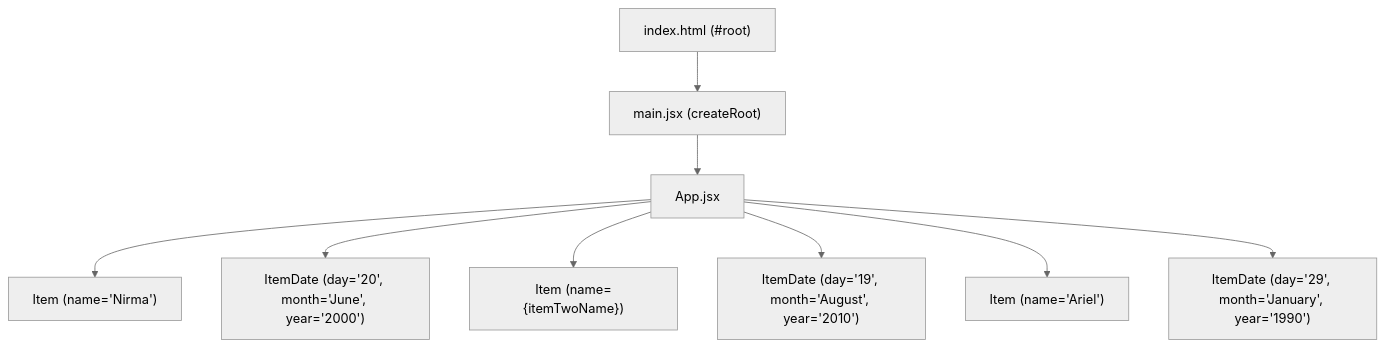
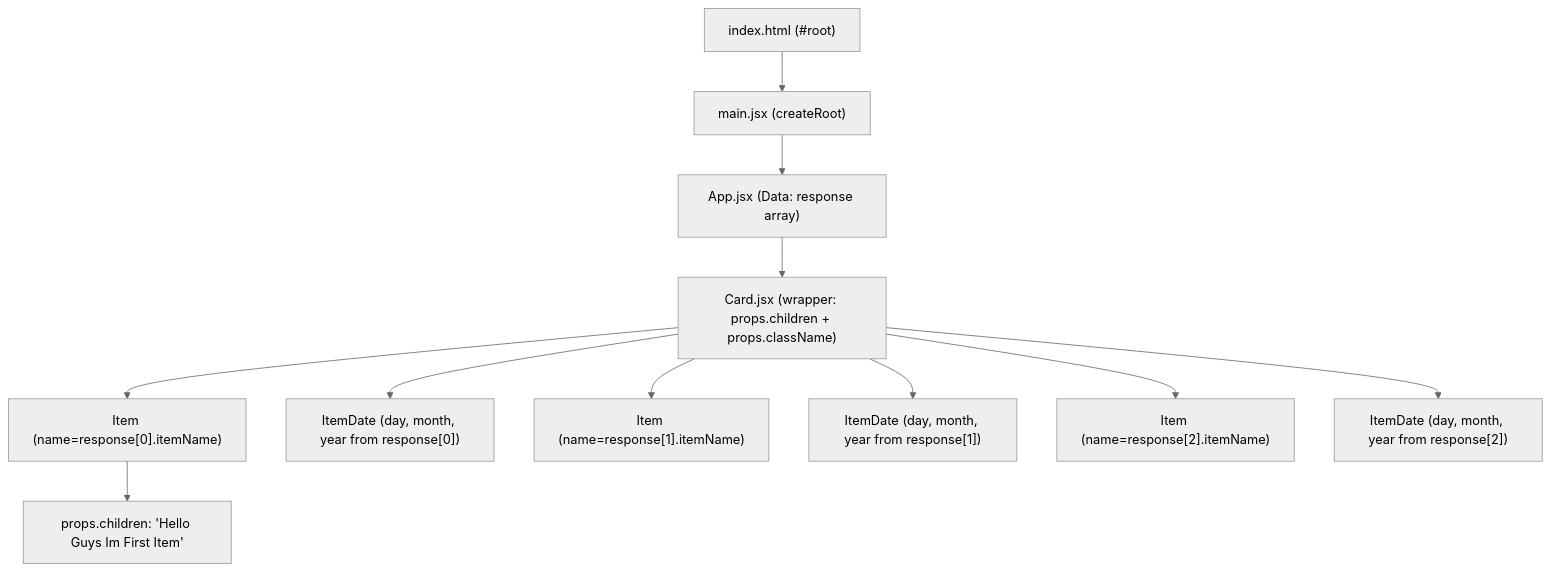
One commit to spant671-ux/React2 changed the diagram in notes.md. Above: the diagram before and after it, drawn with Mermaid (neutral theme). The commit also changed other lines of this file and 3 other files, not shown here.

Commit message:
props children

````diff
--- a/notes.md
+++ b/notes.md
@@ -125,11 +269,13 @@
 ```mermaid
 graph TD
     HTML["index.html (#root)"] --> Main["main.jsx (createRoot)"]
-    Main --> App["App.jsx"]
-    App --> Item1["Item (name='Nirma')"]
-    App --> Date1["ItemDate (day='20', month='June', year='2000')"]
-    App --> Item2["Item (name={itemTwoName})"]
-    App --> Date2["ItemDate (day='19', month='August', year='2010')"]
-    App --> Item3["Item (name='Ariel')"]
-    App --> Date3["ItemDate (day='29', month='January', year='1990')"]
+    Main --> App["App.jsx (Data: response array)"]
+    App --> Card["Card.jsx (wrapper: props.children + props.className)"]
+    Card --> Item1["Item (name=response[0].itemName)"]
+    Item1 --> Child1["props.children: 'Hello Guys Im First Item'"]
+    Card --> Date1["ItemDate (day, month, year from response[0])"]
+    Card --> Item2["Item (name=response[1].itemName)"]
+    Card --> Date2["ItemDate (day, month, year from response[1])"]
+    Card --> Item3["Item (name=response[2].itemName)"]
+    Card --> Date3["ItemDate (day, month, year from response[2])"]
 ```
````
